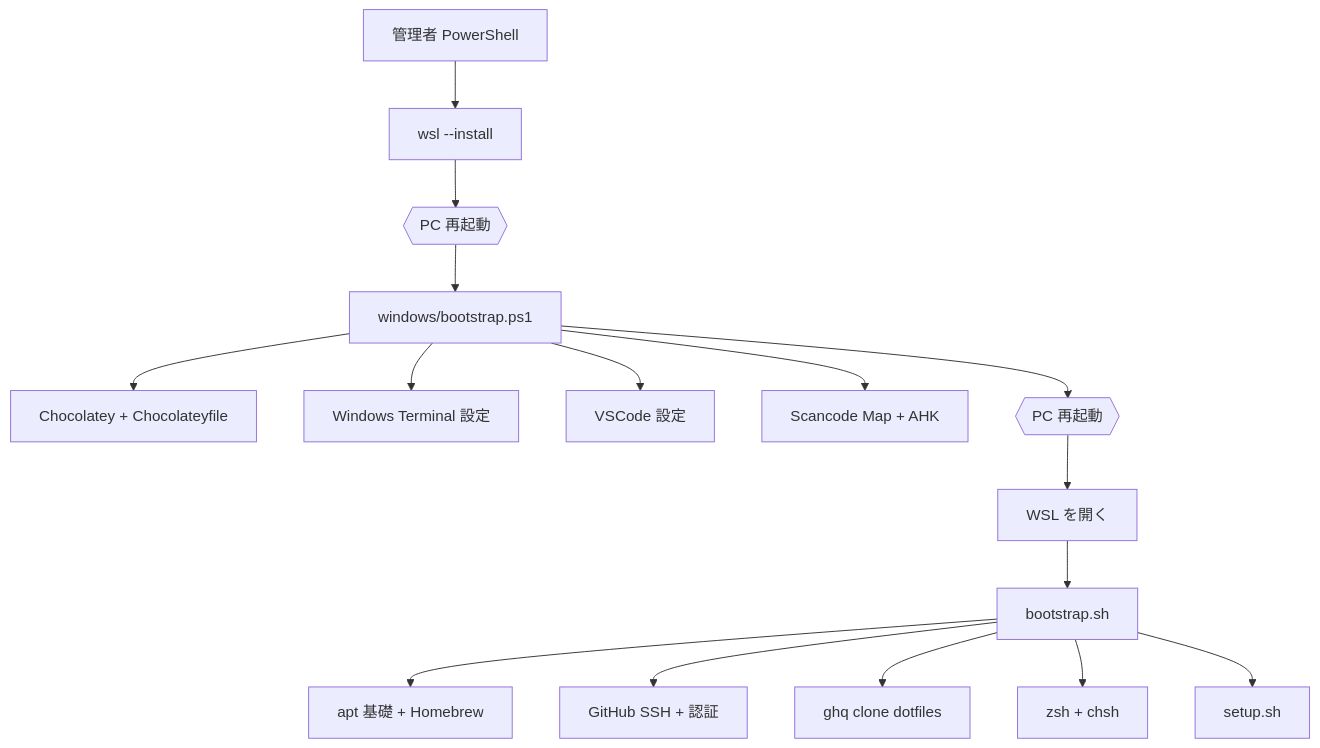
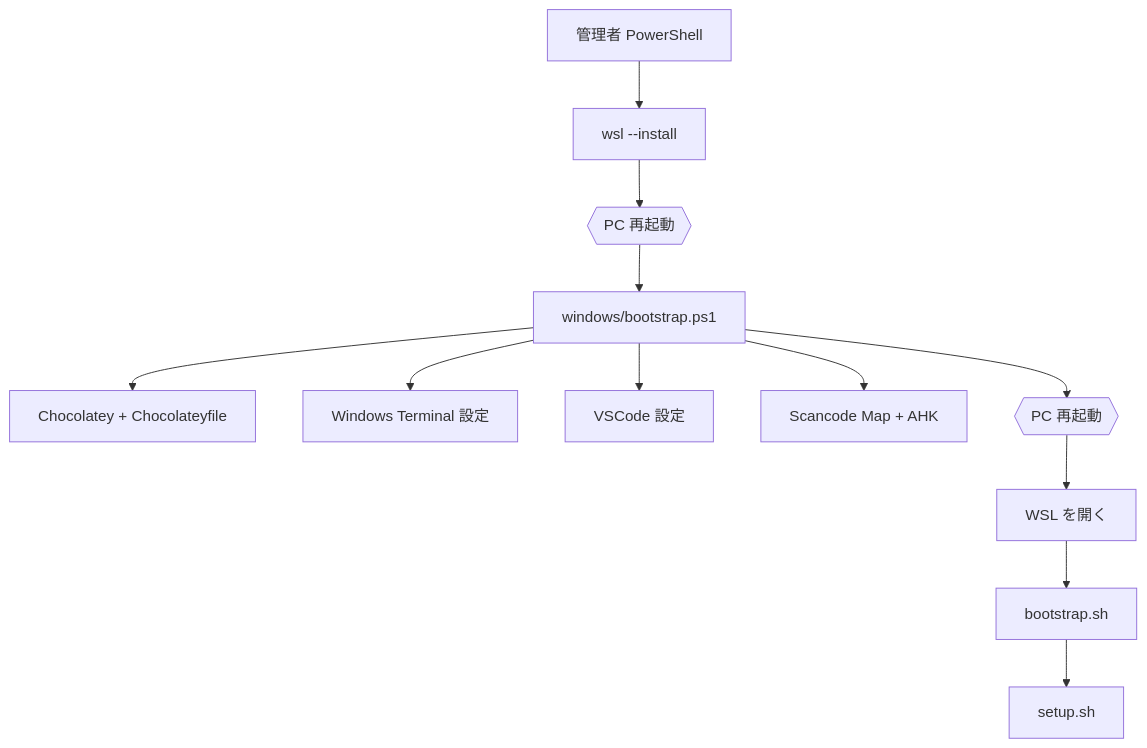
The first of 3 diagrams in docs/setup-design.md (ktanoooo/dotfiles), drawn with Mermaid before and after one commit. The commit also changed other lines of this file, not shown here.

````diff
--- a/docs/setup-design.md
+++ b/docs/setup-design.md
@@ -134,18 +43,14 @@
 ```mermaid
 flowchart TD
     A[管理者 PowerShell] --> B[wsl --install]
     B --> C{{PC 再起動}}
     C --> D[windows/bootstrap.ps1]
     D --> D1[Chocolatey + Chocolateyfile]
     D --> D2[Windows Terminal 設定]
     D --> D3[VSCode 設定]
     D --> D4[Scancode Map + AHK]
     D --> E{{PC 再起動}}
     E --> F[WSL を開く]
     F --> G[bootstrap.sh]
-    G --> G1[apt 基礎 + Homebrew]
-    G --> G2[GitHub SSH + 認証]
-    G --> G3[ghq clone dotfiles]
-    G --> G4[zsh + chsh]
     G --> H[setup.sh]
 ```
````
